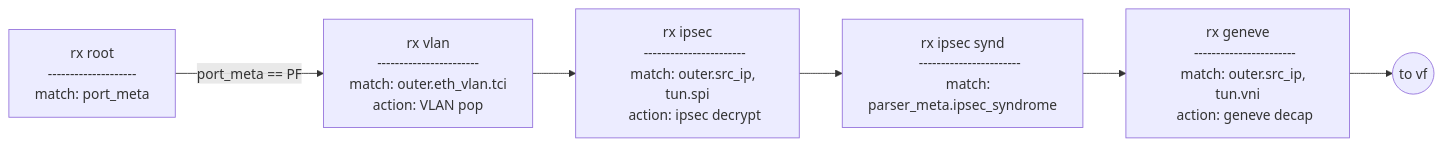
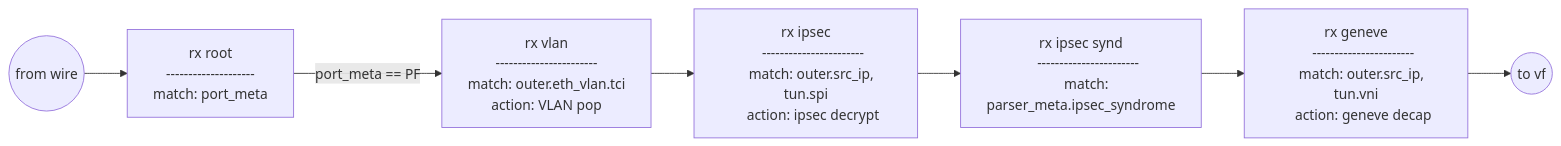
One commit to edmundselliot/doca-cloud changed the second of 3 diagrams in README.md. Above: the diagram before and after it, drawn with Mermaid. The commit also changed other lines of this file and 3 other files, not shown here.

````diff
--- a/README.md
+++ b/README.md
@@ -61,34 +63,36 @@
 ```mermaid
 flowchart LR
     A[rx root
     --------------------
     match: port_meta]
 
     B[rx geneve
     -----------------------
     match: outer.src_ip, tun.vni
     action: geneve decap]
 
     C[rx ipsec
     -----------------------
     match: outer.src_ip, tun.spi
     action: ipsec decrypt]
 
     D[rx ipsec synd
     -----------------------
     match: parser_meta.ipsec_syndrome
     ]
 
     E[rx vlan
     -----------------------
     match: outer.eth_vlan.tci
     action: VLAN pop]
 
-    F((to vf))
+    WIRE((from wire))
+    VF((to vf))
 
+    WIRE --> A
     A -->|port_meta == PF| E
     E --> C
     C --> D
     D --> B
-    B --> F
+    B --> VF
 ```
````
